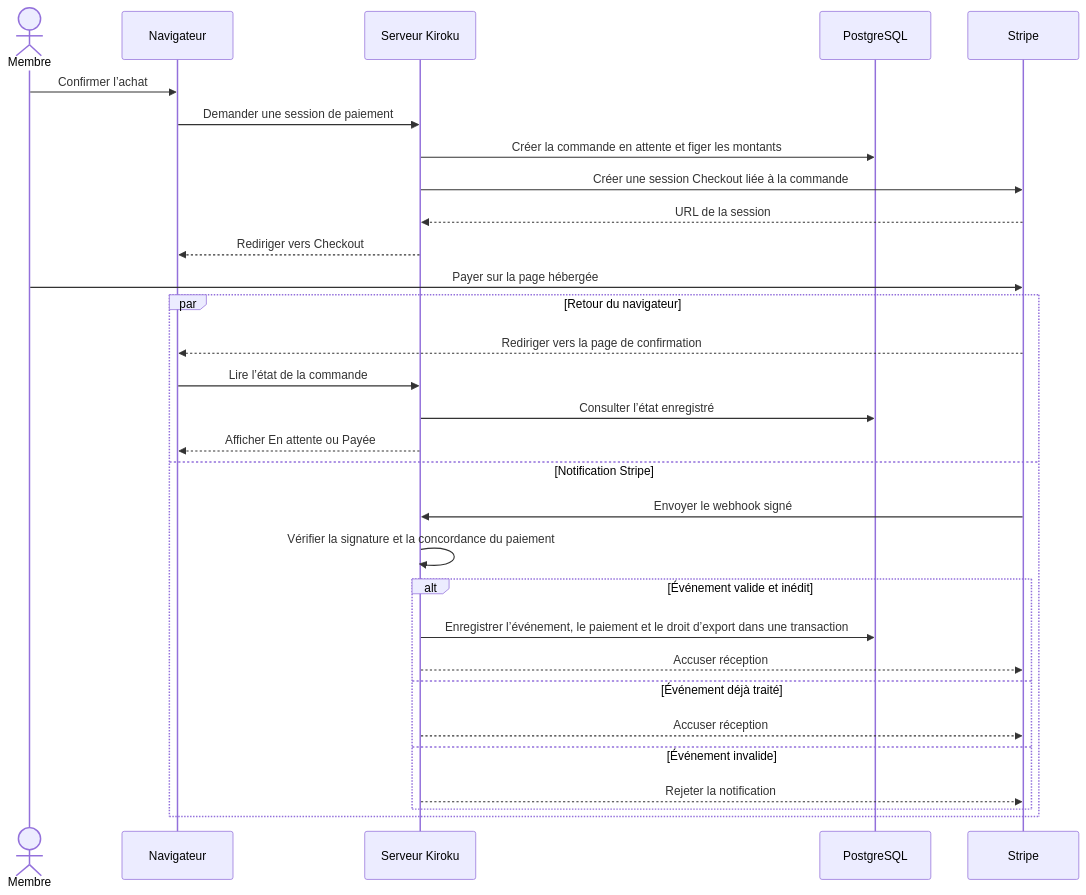
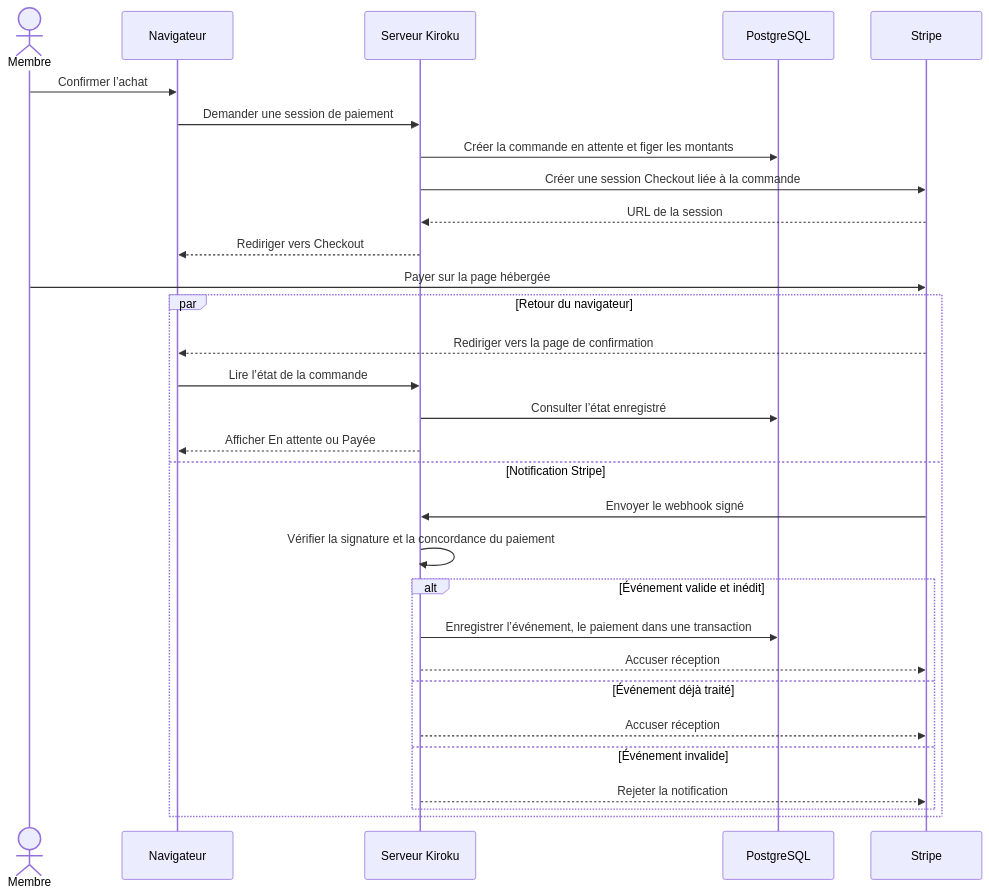
Before and after one commit to Jaska28/Kiroku-TP2-ServiceWeb: the second of 2 diagrams in docs/cahier-des-charges.md, drawn with Mermaid. The commit also changed other lines of this file, not shown here.

````diff
--- a/docs/cahier-des-charges.md
+++ b/docs/cahier-des-charges.md
@@ -188,32 +189,32 @@
 ```mermaid
 sequenceDiagram
     actor M as Membre
     participant N as Navigateur
     participant K as Serveur Kiroku
     participant B as PostgreSQL
     participant S as Stripe
     M->>N: Confirmer l’achat
     N->>K: Demander une session de paiement
     K->>B: Créer la commande en attente et figer les montants
     K->>S: Créer une session Checkout liée à la commande
     S-->>K: URL de la session
     K-->>N: Rediriger vers Checkout
     M->>S: Payer sur la page hébergée
     par Retour du navigateur
         S-->>N: Rediriger vers la page de confirmation
         N->>K: Lire l’état de la commande
         K->>B: Consulter l’état enregistré
         K-->>N: Afficher En attente ou Payée
     and Notification Stripe
         S->>K: Envoyer le webhook signé
         K->>K: Vérifier la signature et la concordance du paiement
         alt Événement valide et inédit
-            K->>B: Enregistrer l’événement, le paiement et le droit d’export dans une transaction
+            K->>B: Enregistrer l’événement, le paiement dans une transaction
             K-->>S: Accuser réception
         else Événement déjà traité
             K-->>S: Accuser réception
         else Événement invalide
             K-->>S: Rejeter la notification
         end
     end
 ```
````
